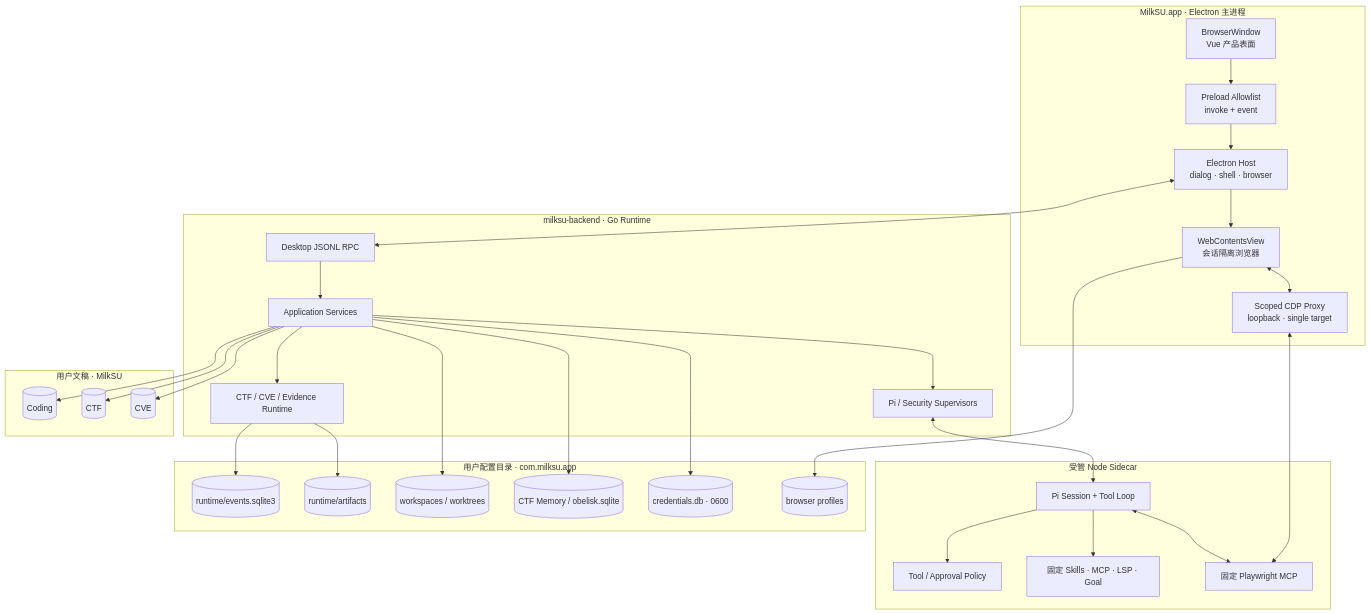
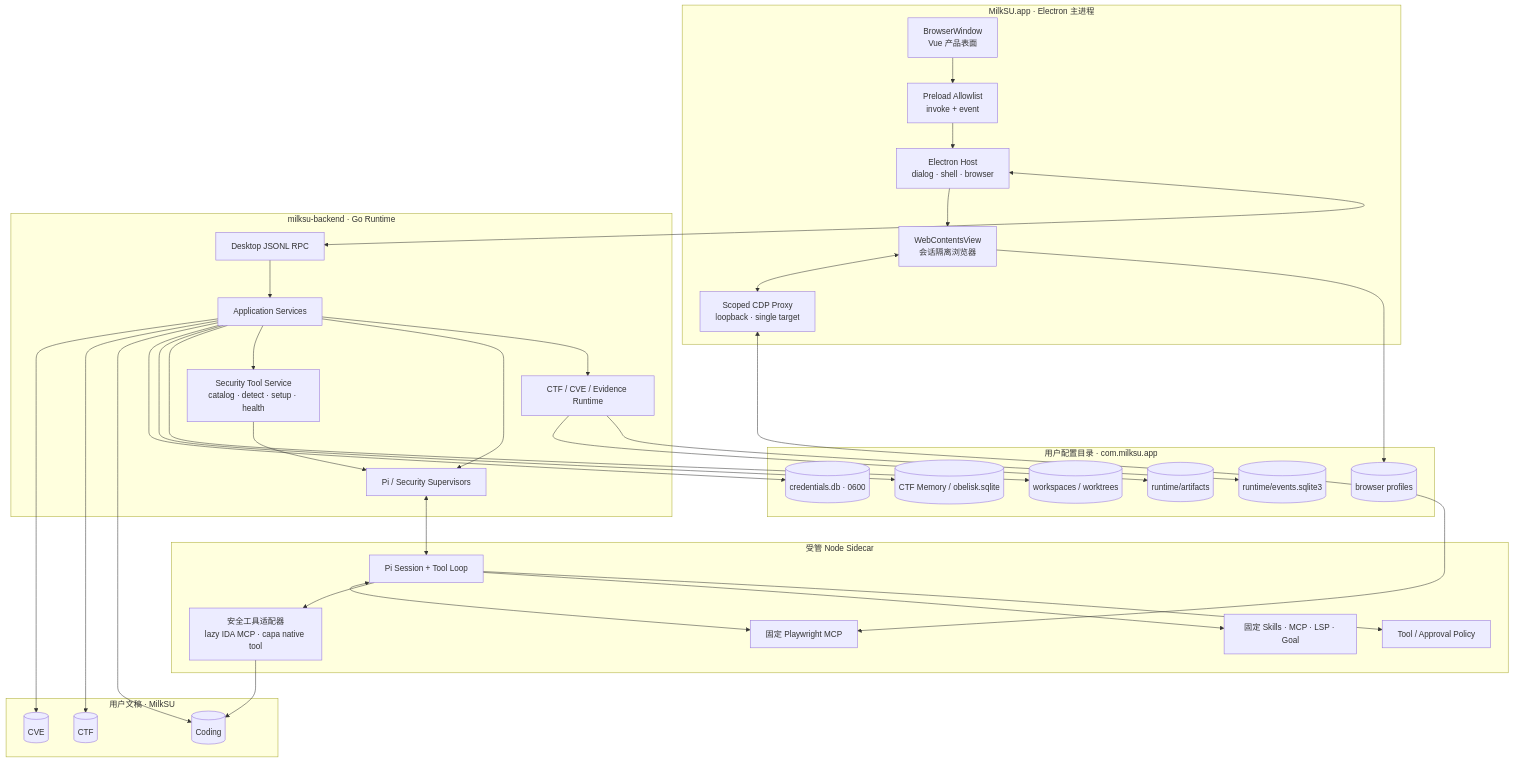
Before and after one commit to MilkSU-Official/milksu: the second of 5 diagrams in docs/architecture/current-system.md, drawn with Mermaid. The commit also changed other lines of this file and 38 other files, not shown here.

````diff
--- a/docs/architecture/current-system.md
+++ b/docs/architecture/current-system.md
@@ -86,57 +89,62 @@
 ```mermaid
 flowchart TB
     subgraph electron["MilkSU.app · Electron 主进程"]
         window["BrowserWindow<br/>Vue 产品表面"]
         preload["Preload Allowlist<br/>invoke + event"]
         host["Electron Host<br/>dialog · shell · browser"]
         browser["WebContentsView<br/>会话隔离浏览器"]
         proxy["Scoped CDP Proxy<br/>loopback · single target"]
     end
 
     subgraph go_process["milksu-backend · Go Runtime"]
         rpc["Desktop JSONL RPC"]
         app["Application Services"]
         runtime["CTF / CVE / Evidence Runtime"]
         supervisors["Pi / Security Supervisors"]
+        tool_catalog["Security Tool Service<br/>catalog · detect · setup · health"]
     end
 
     subgraph sidecar["受管 Node Sidecar"]
         pi["Pi Session + Tool Loop"]
         policy["Tool / Approval Policy"]
         resources["固定 Skills · MCP · LSP · Goal"]
+        security_adapters["安全工具适配器<br/>lazy IDA MCP · capa native tool"]
         playwright["固定 Playwright MCP"]
     end
 
     subgraph data["用户配置目录 · com.milksu.app"]
         events[("runtime/events.sqlite3")]
         artifacts[("runtime/artifacts")]
         workspaces[("workspaces / worktrees")]
         memories[("CTF Memory / obelisk.sqlite")]
         credentials[("credentials.db · 0600")]
         profiles[("browser profiles")]
     end
 
     subgraph documents["用户文稿 · MilkSU"]
         coding_files[("Coding")]
         ctf_files[("CTF")]
         cve_files[("CVE")]
     end
 
     window --> preload --> host
     host <--> rpc --> app
     app --> runtime
     app --> supervisors <--> pi
+    app --> tool_catalog --> supervisors
     pi --> policy
     pi --> resources
+    pi --> security_adapters
     pi <--> playwright
     host --> browser --> profiles
     browser <--> proxy <--> playwright
     runtime --> events
     runtime --> artifacts
     app --> workspaces
     app --> memories
     app --> credentials
     app --> coding_files
     app --> ctf_files
     app --> cve_files
+    security_adapters --> coding_files
 ```
````
